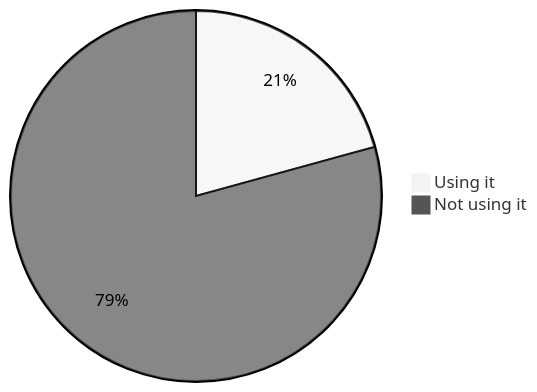
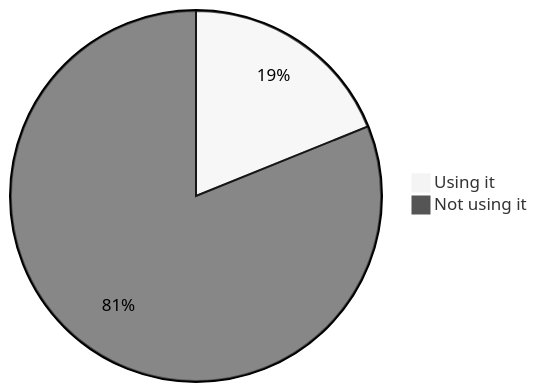
Diagram 18 of 18 in stats.md (oshp/oshp-stats), drawn with Mermaid (neutral theme) before and after one commit. The commit also changed other lines of this file and 1 other file, not shown here.

````diff
--- a/stats.md
+++ b/stats.md
@@ -212,6 +212,6 @@
 ```mermaid
 pie
-	"Using it" : 20.73
-	"Not using it" : 79.27
+	"Using it" : 18.88
+	"Not using it" : 81.12
 
 ```
````
